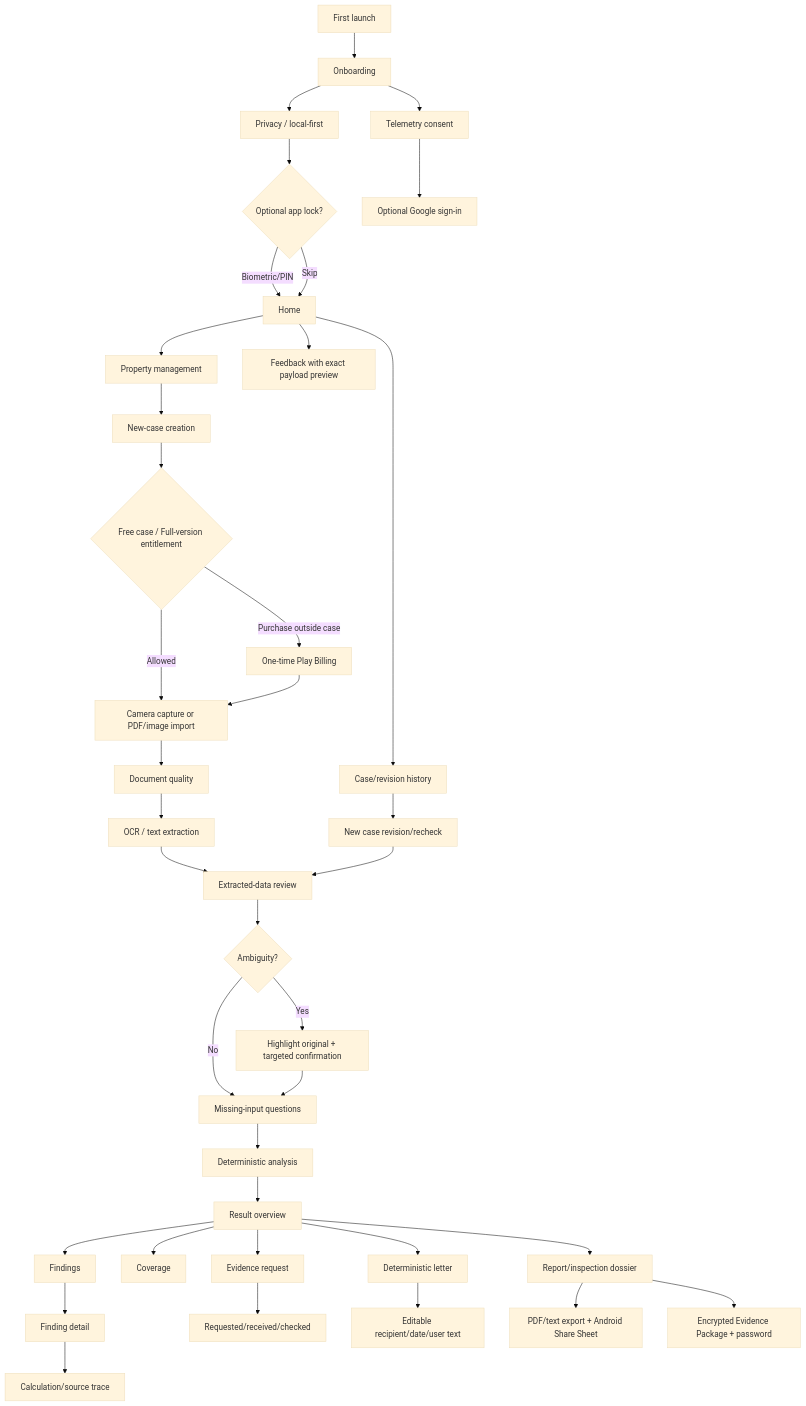
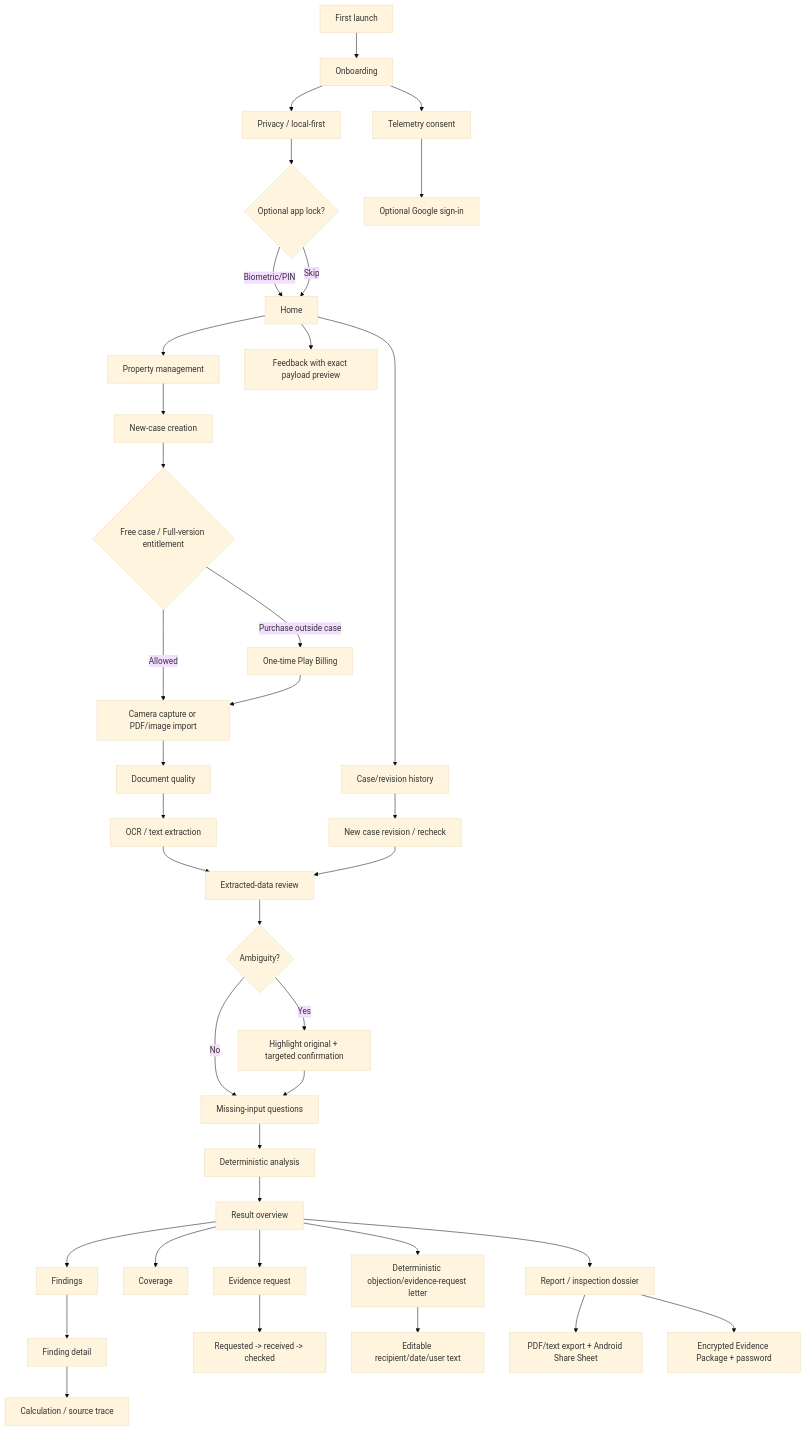
Before and after one commit to Umliva/umliva.github.io: the diagram in diagrams/screen-flow.mmd, drawn with Mermaid (base theme). The commit also changed 1 other file, not shown here.

Commit message:
docs: keep public diagrams canonical

```diff
--- a/diagrams/screen-flow.mmd
+++ b/diagrams/screen-flow.mmd
@@ -1,38 +1,38 @@
 flowchart TD
   FL[First launch] --> OB[Onboarding]
   OB --> PL[Privacy / local-first]
   PL --> AL{Optional app lock?}
   AL -->|Biometric/PIN| HOME[Home]
   AL -->|Skip| HOME
   HOME --> PM[Property management]
   HOME --> CH[Case/revision history]
   PM --> NC[New-case creation]
   NC --> ENT{Free case / Full-version entitlement}
   ENT -->|Allowed| INTAKE[Camera capture or PDF/image import]
   ENT -->|Purchase outside case| BILL[One-time Play Billing]
   BILL --> INTAKE
   INTAKE --> DQ[Document quality]
   DQ --> EX[OCR / text extraction]
   EX --> RV[Extracted-data review]
   RV --> AMB{Ambiguity?}
   AMB -->|Yes| CONF[Highlight original + targeted confirmation]
   AMB -->|No| MI[Missing-input questions]
   CONF --> MI
   MI --> ANA[Deterministic analysis]
   ANA --> RO[Result overview]
   RO --> FI[Findings]
   FI --> FD[Finding detail]
-  FD --> ST[Calculation/source trace]
+  FD --> ST[Calculation / source trace]
   RO --> COV[Coverage]
   RO --> ER[Evidence request]
-  ER --> WF[Requested/received/checked]
-  RO --> LETTER[Deterministic letter]
+  ER --> WF[Requested -> received -> checked]
+  RO --> LETTER[Deterministic objection/evidence-request letter]
   LETTER --> EDIT[Editable recipient/date/user text]
-  RO --> REPORT[Report/inspection dossier]
+  RO --> REPORT[Report / inspection dossier]
   REPORT --> EXPORT[PDF/text export + Android Share Sheet]
   REPORT --> EP[Encrypted Evidence Package + password]
-  CH --> REV[New case revision/recheck]
+  CH --> REV[New case revision / recheck]
   REV --> RV
   OB --> CONS[Telemetry consent]
   CONS --> SIGN[Optional Google sign-in]
   HOME --> FEEDBACK[Feedback with exact payload preview]
```
